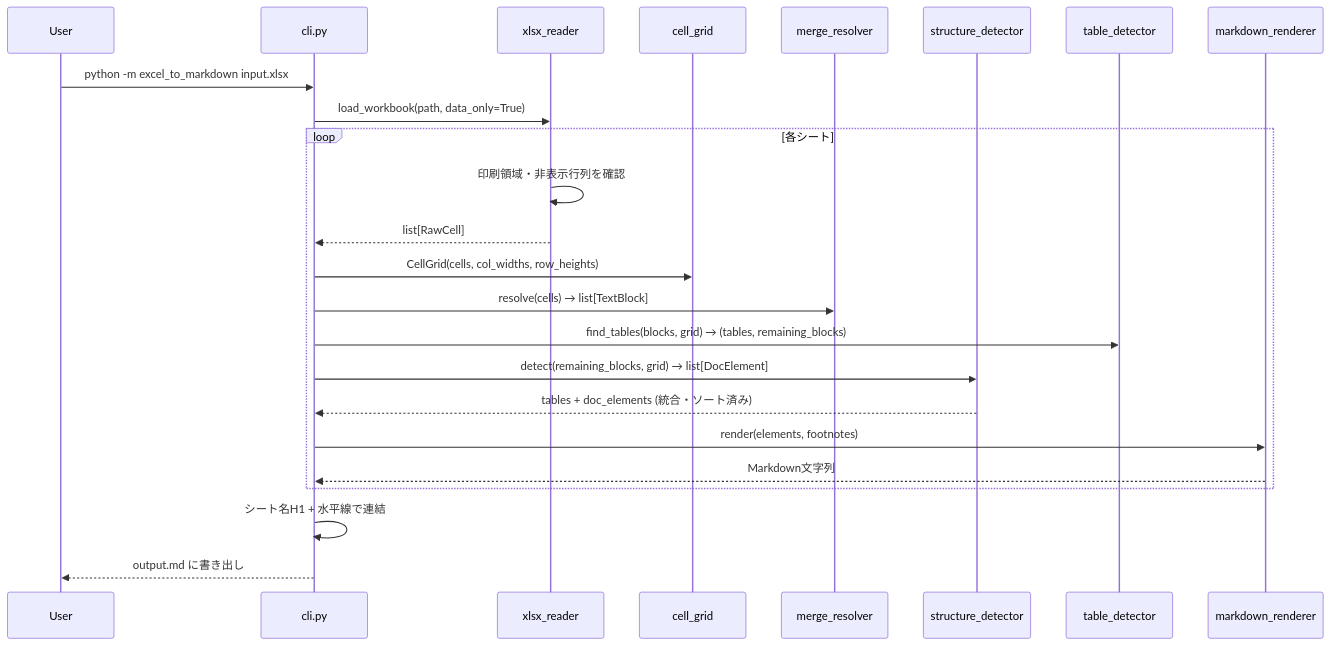
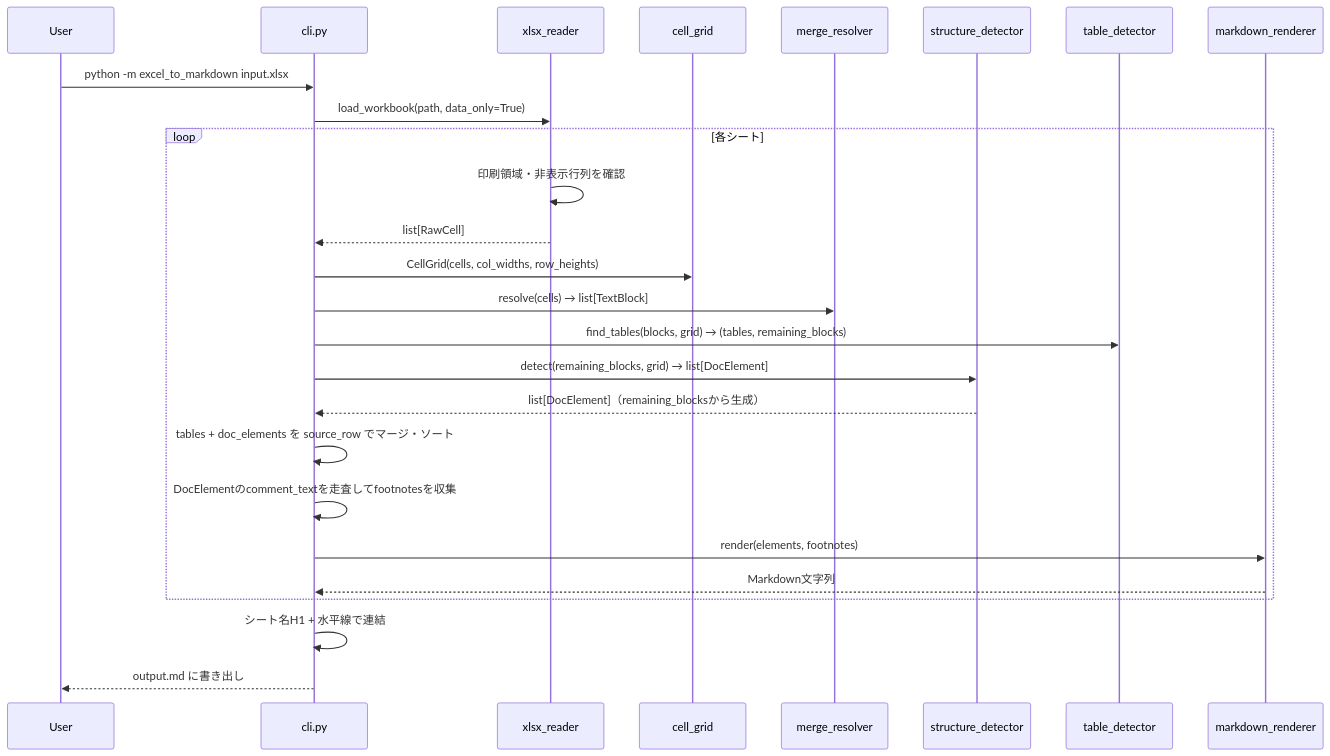
The third of 4 diagrams in docs/functional-design.md (AkiraIsozaki/excel_to_markdown), drawn with Mermaid before and after one commit. The commit also changed other lines of this file and 4 other files, not shown here.

````diff
--- a/docs/functional-design.md
+++ b/docs/functional-design.md
@@ -502,27 +515,29 @@
 ```mermaid
 sequenceDiagram
     participant User
     participant CLI as cli.py
     participant Reader as xlsx_reader
     participant Grid as cell_grid
     participant MR as merge_resolver
     participant SD as structure_detector
     participant TD as table_detector
     participant R as markdown_renderer
 
     User->>CLI: python -m excel_to_markdown input.xlsx
     CLI->>Reader: load_workbook(path, data_only=True)
     loop 各シート
         Reader->>Reader: 印刷領域・非表示行列を確認
         Reader-->>CLI: list[RawCell]
         CLI->>Grid: CellGrid(cells, col_widths, row_heights)
         CLI->>MR: resolve(cells) → list[TextBlock]
         CLI->>TD: find_tables(blocks, grid) → (tables, remaining_blocks)
         CLI->>SD: detect(remaining_blocks, grid) → list[DocElement]
-        SD-->>CLI: tables + doc_elements (統合・ソート済み)
+        SD-->>CLI: list[DocElement]（remaining_blocksから生成）
+        CLI->>CLI: tables + doc_elements を source_row でマージ・ソート
+        CLI->>CLI: DocElementのcomment_textを走査してfootnotesを収集
         CLI->>R: render(elements, footnotes)
         R-->>CLI: Markdown文字列
     end
     CLI->>CLI: シート名H1 + 水平線で連結
     CLI-->>User: output.md に書き出し
 ```
````
